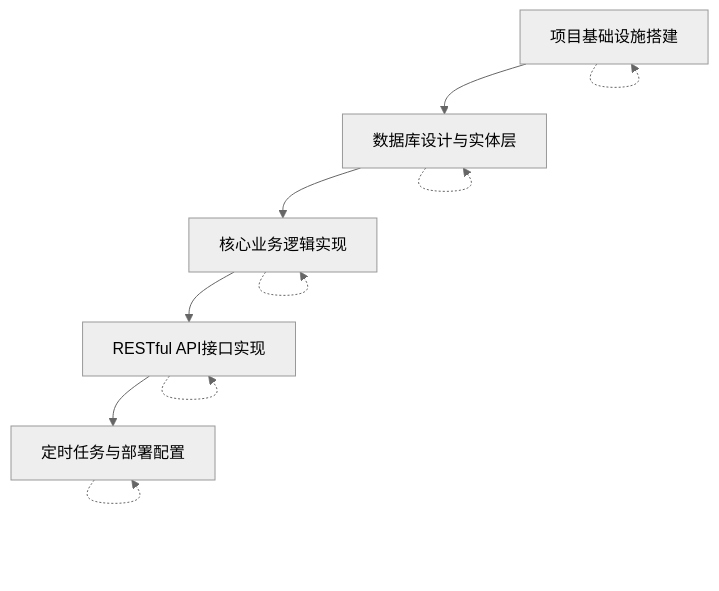
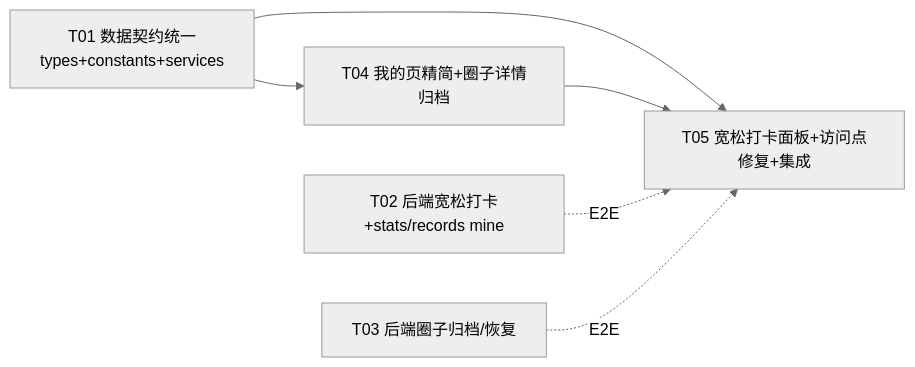
Before and after one commit to 928896993lhl/fitness-checkin: the diagram in docs/system_design.md, drawn with Mermaid (neutral theme). The commit also changed other lines of this file and 49 other files, not shown here.

````diff
--- a/docs/system_design.md
+++ b/docs/system_design.md
@@ -456,13 +219,8 @@
 ```mermaid
-graph TD
-    T01[项目基础设施搭建] --> T02[数据库设计与实体层]
-    T02 --> T03[核心业务逻辑实现]
-    T03 --> T04[RESTful API接口实现]
-    T04 --> T05[定时任务与部署配置]
-    
-    T01 -.-> T01
-    T02 -.-> T02
-    T03 -.-> T03
-    T04 -.-> T04
-    T05 -.-> T05
+graph LR
+    T01[T01 数据契约统一<br/>types+constants+services] --> T04[T04 我的页精简+圈子详情归档]
+    T01 --> T05[T05 宽松打卡面板+访问点修复+集成]
+    T04 --> T05
+    T02[T02 后端宽松打卡+stats/records mine] -.E2E.-> T05
+    T03[T03 后端圈子归档/恢复] -.E2E.-> T05
 ```
````
